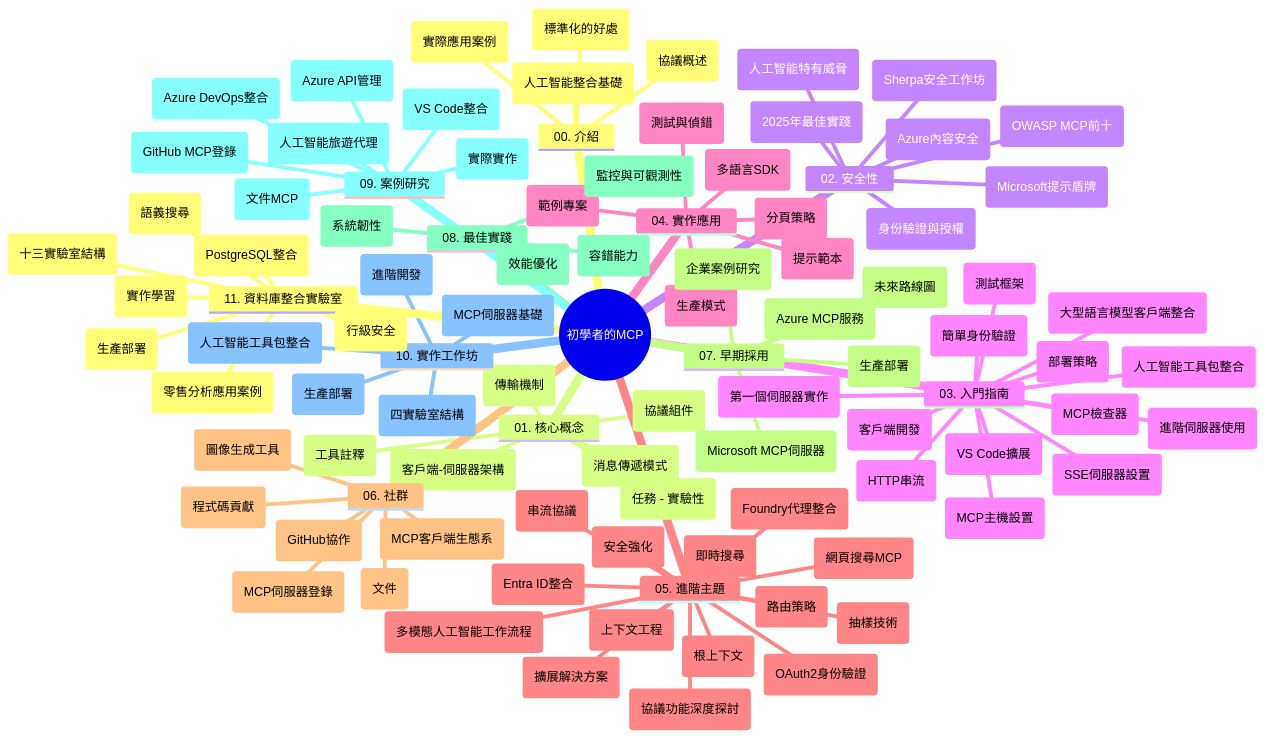
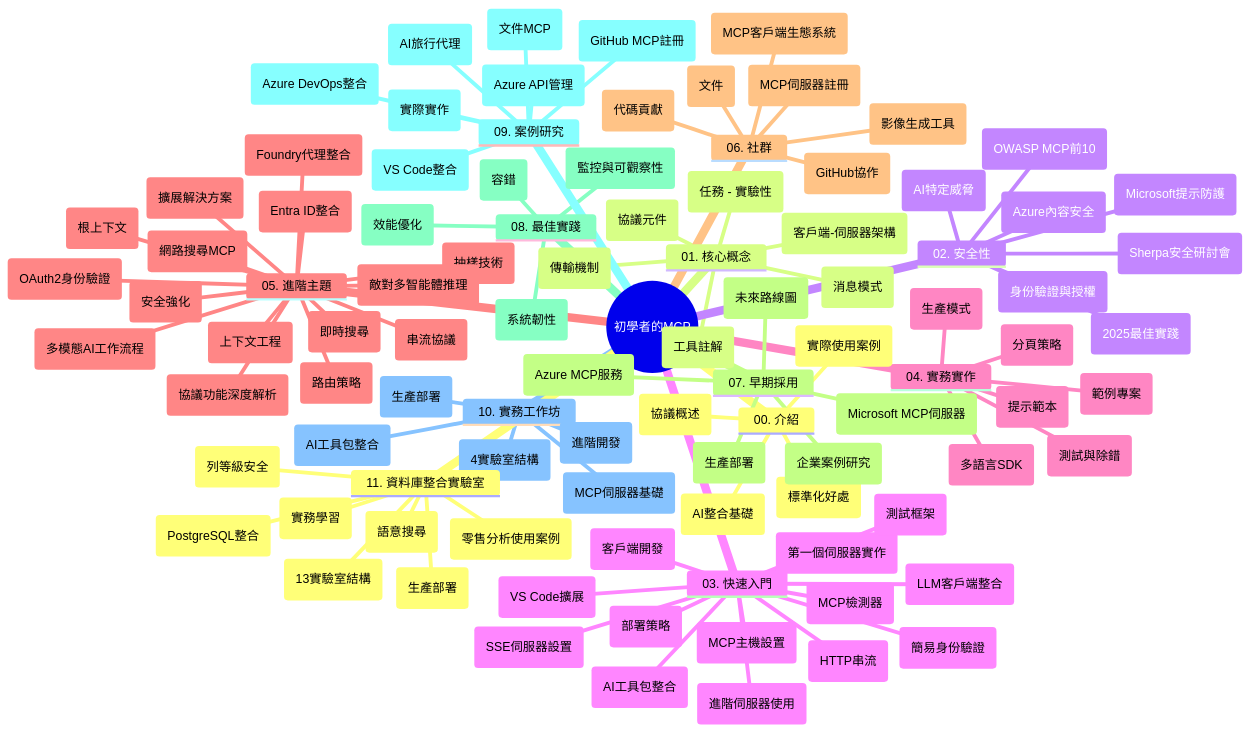
One commit to HIDORAKAI002/ai-workspace-archive changed the diagram in mcp_ecosystem__model_context_protocol/mcp_learning_resources/mcp-for-beginners/translations/zh-HK/study_guide.md. Above: the diagram before and after it, drawn with Mermaid. The commit also changed other lines of this file and 2497 other files, not shown here.

````diff
--- a/mcp_ecosystem__model_context_protocol/mcp_learning_resources/mcp-for-beginners/translations/zh-HK/study_guide.md
+++ b/mcp_ecosystem__model_context_protocol/mcp_learning_resources/mcp-for-beginners/translations/zh-HK/study_guide.md
@@ -14,45 +14,45 @@
     00. 介紹
       ::icon(fa fa-book)
       (協議概述)
-      (標準化的好處)
-      (實際應用案例)
-      (人工智能整合基礎)
+      (標準化好處)
+      (實際使用案例)
+      (AI整合基礎)
     01. 核心概念
       ::icon(fa fa-puzzle-piece)
       (客戶端-伺服器架構)
-      (協議組件)
-      (消息傳遞模式)
+      (協議元件)
+      (消息模式)
       (傳輸機制)
       (任務 - 實驗性)
-      (工具註釋)
+      (工具註解)
     02. 安全性
       ::icon(fa fa-shield)
-      (人工智能特有威脅)
-      (2025年最佳實踐)
+      (AI特定威脅)
+      (2025最佳實踐)
       (Azure內容安全)
       (身份驗證與授權)
-      (Microsoft提示盾牌)
-      (OWASP MCP前十)
-      (Sherpa安全工作坊)
-    03. 入門指南
+      (Microsoft提示防護)
+      (OWASP MCP前10)
+      (Sherpa安全研討會)
+    03. 快速入門
       ::icon(fa fa-rocket)
       (第一個伺服器實作)
       (客戶端開發)
-      (大型語言模型客戶端整合)
+      (LLM客戶端整合)
       (VS Code擴展)
       (SSE伺服器設置)
       (HTTP串流)
-      (人工智能工具包整合)
+      (AI工具包整合)
       (測試框架)
       (進階伺服器使用)
-      (簡單身份驗證)
+      (簡易身份驗證)
       (部署策略)
       (MCP主機設置)
-      (MCP檢查器)
-    04. 實作應用
+      (MCP檢測器)
+    04. 實務實作
       ::icon(fa fa-code)
       (多語言SDK)
-      (測試與偵錯)
+      (測試與除錯)
       (提示範本)
       (範例專案)
       (生產模式)
@@ -61,7 +61,7 @@
       ::icon(fa fa-graduation-cap)
       (上下文工程)
       (Foundry代理整合)
-      (多模態人工智能工作流程)
+      (多模態AI工作流程)
       (OAuth2身份驗證)
       (即時搜尋)
       (串流協議)
@@ -71,16 +71,17 @@
       (擴展解決方案)
       (安全強化)
       (Entra ID整合)
-      (網頁搜尋MCP)
-      (協議功能深度探討)
+      (網路搜尋MCP)
+      (協議功能深度解析)
+      (敵對多智能體推理)
       
     06. 社群
       ::icon(fa fa-users)
-      (程式碼貢獻)
+      (代碼貢獻)
       (文件)
-      (MCP客戶端生態系)
-      (MCP伺服器登錄)
-      (圖像生成工具)
+      (MCP客戶端生態系統)
+      (MCP伺服器註冊)
+      (影像生成工具)
       (GitHub協作)
     07. 早期採用
       ::icon(fa fa-lightbulb)
@@ -92,32 +93,32 @@
     08. 最佳實踐
       ::icon(fa fa-check)
       (效能優化)
-      (容錯能力)
+      (容錯)
       (系統韌性)
-      (監控與可觀測性)
+      (監控與可觀察性)
     09. 案例研究
       ::icon(fa fa-file-text)
       (Azure API管理)
-      (人工智能旅遊代理)
+      (AI旅行代理)
       (Azure DevOps整合)
       (文件MCP)
-      (GitHub MCP登錄)
+      (GitHub MCP註冊)
       (VS Code整合)
       (實際實作)
-    10. 實作工作坊
+    10. 實務工作坊
       ::icon(fa fa-laptop)
       (MCP伺服器基礎)
       (進階開發)
-      (人工智能工具包整合)
+      (AI工具包整合)
       (生產部署)
-      (四實驗室結構)
+      (4實驗室結構)
     11. 資料庫整合實驗室
       ::icon(fa fa-database)
       (PostgreSQL整合)
-      (零售分析應用案例)
-      (行級安全)
-      (語義搜尋)
+      (零售分析使用案例)
+      (列等級安全)
+      (語意搜尋)
       (生產部署)
-      (十三實驗室結構)
-      (實作學習)
+      (13實驗室結構)
+      (實務學習)
 ```
````
